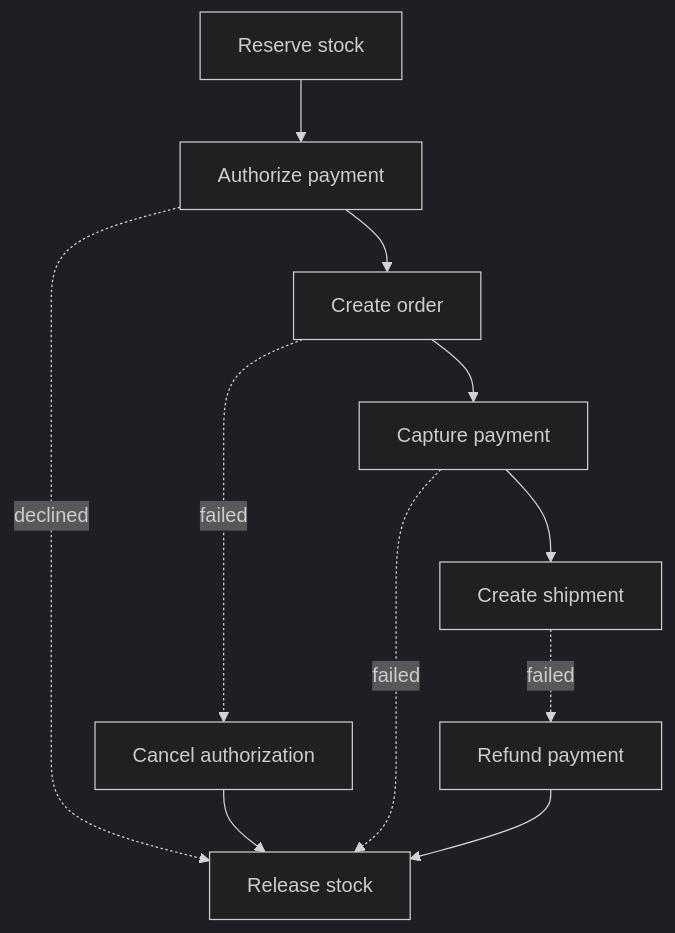
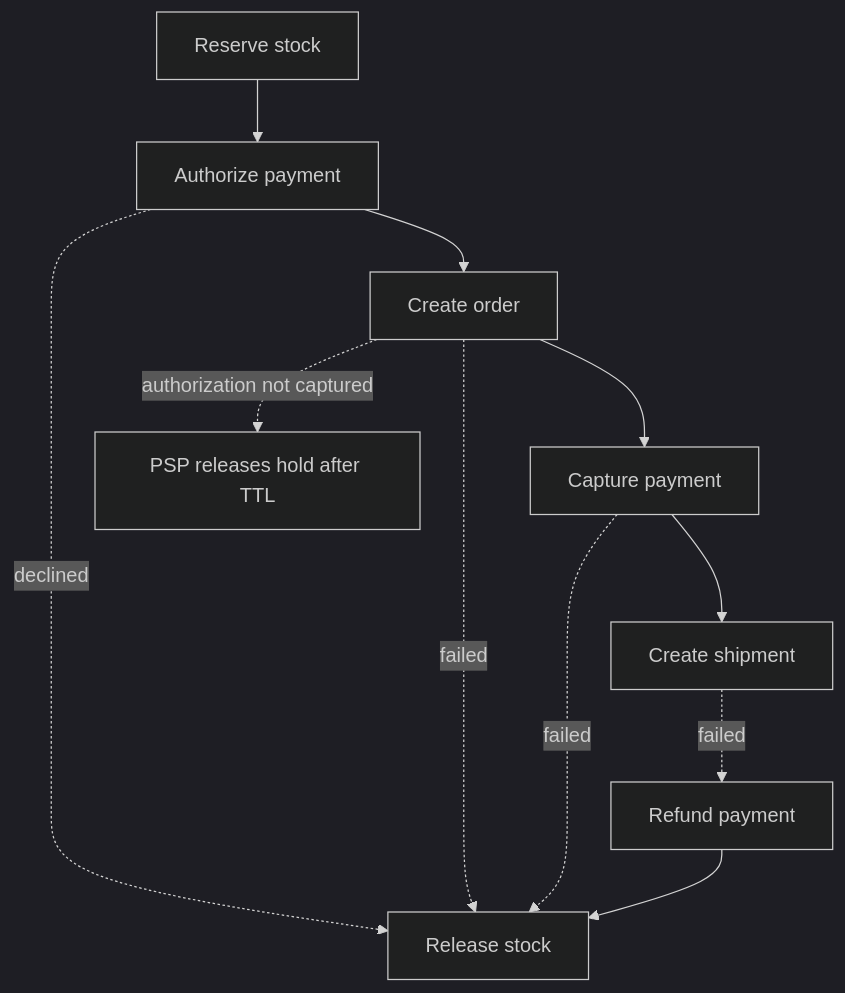
Before and after one commit to Smiley-Alyx/stockflow-market: the second of 3 diagrams in docs/delivery-flow.md, drawn with Mermaid (dark theme). The commit also changed other lines of this file and 1 other file, not shown here.

Commit message:
docs(checkout): choose authorization ttl

````diff
--- a/docs/delivery-flow.md
+++ b/docs/delivery-flow.md
@@ -35,14 +35,14 @@
 ```mermaid
 flowchart TD
     reserve["Reserve stock"] --> auth["Authorize payment"]
     auth --> order["Create order"]
     order --> capture["Capture payment"]
     capture --> shipment["Create shipment"]
 
     auth -. "declined" .-> release["Release stock"]
-    order -. "failed" .-> voidAuth["Cancel authorization"]
-    voidAuth --> release
+    order -. "failed" .-> release
+    order -. "authorization not captured" .-> authTtl["PSP releases hold after TTL"]
     capture -. "failed" .-> release
     shipment -. "failed" .-> refund["Refund payment"]
     refund --> release
 ```
````
